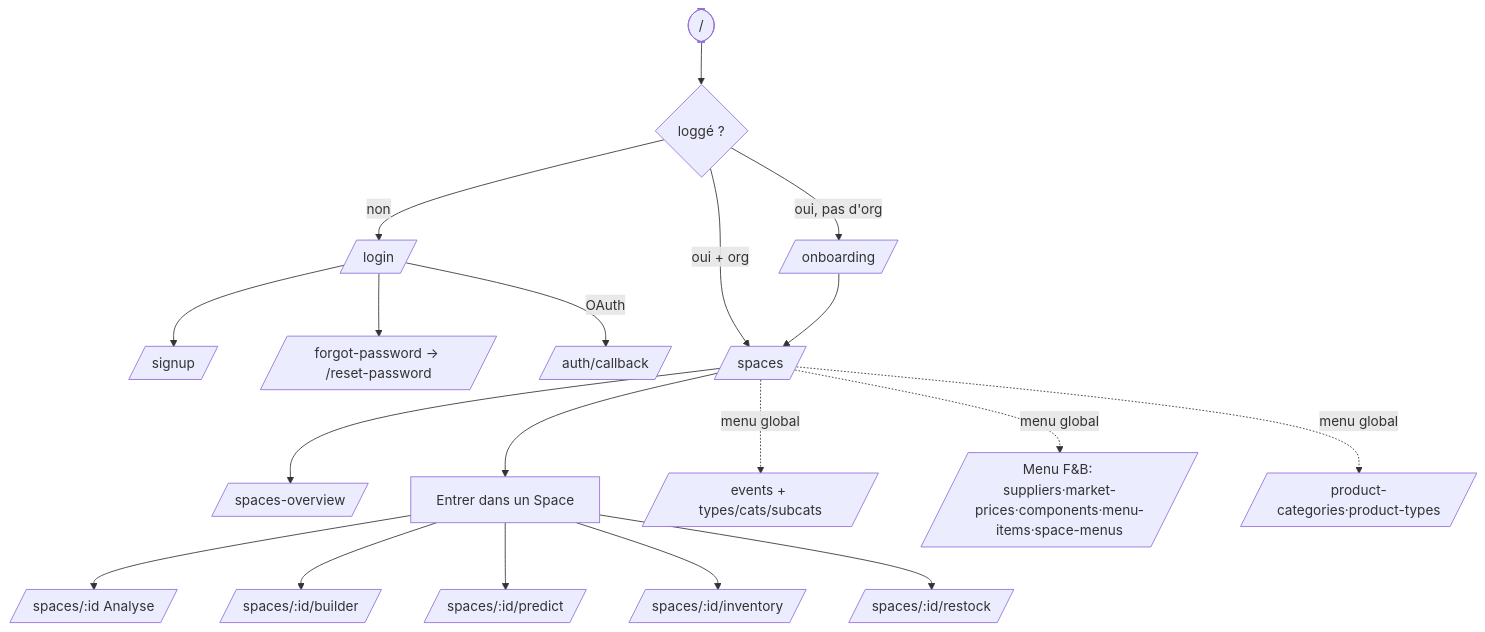
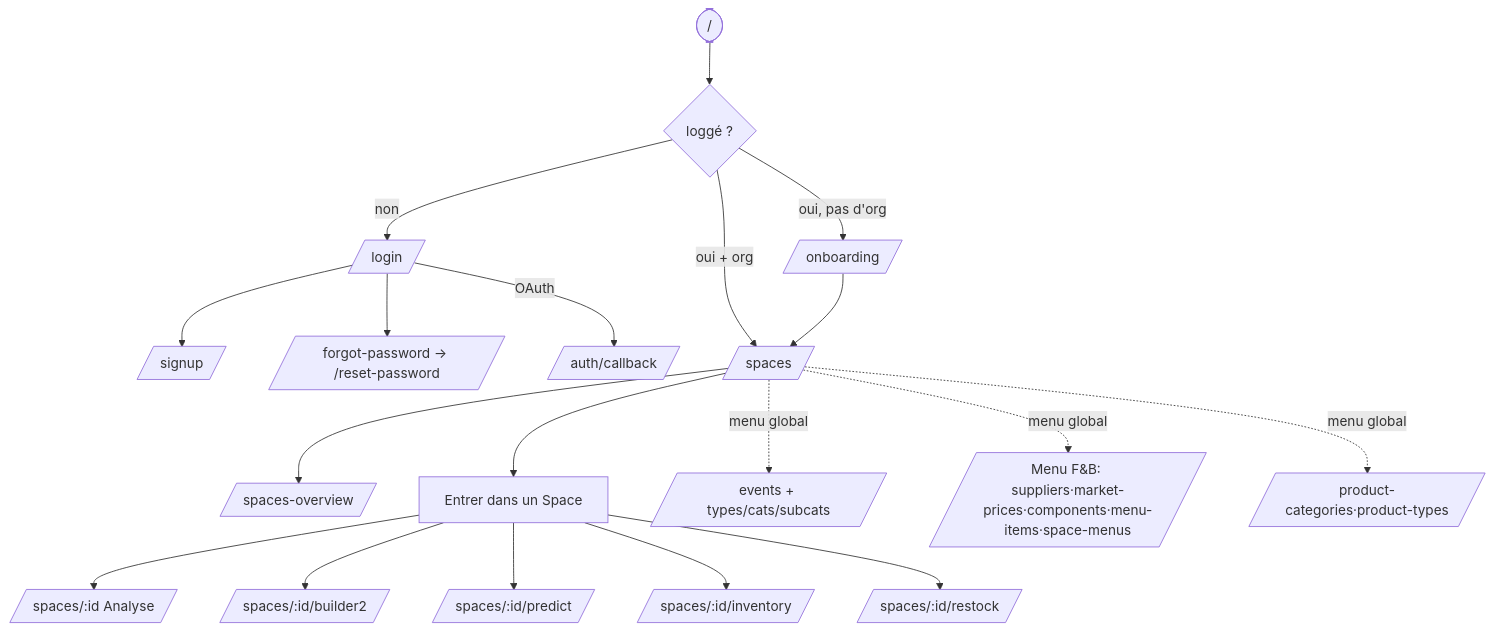
One commit to analyticsbigfive/datafriday-frontend-backend changed the second of 5 diagrams in frontend/docs/utiles/GUIDE_PARCOURS_APP.md. Above: the diagram before and after it, drawn with Mermaid. The commit also changed other lines of this file and 18 other files, not shown here.

````diff
--- a/frontend/docs/utiles/GUIDE_PARCOURS_APP.md
+++ b/frontend/docs/utiles/GUIDE_PARCOURS_APP.md
@@ -48,21 +48,21 @@
 ```mermaid
 flowchart TD
   Start([/]) --> Dash{loggé ?}
   Dash -->|non| Login[/login/]
   Login --> Signup[/signup/]
   Login --> Forgot[/forgot-password → /reset-password/]
   Login -->|OAuth| CB[/auth/callback/]
   Dash -->|oui, pas d'org| Onb[/onboarding/]
   Dash -->|oui + org| Spaces[/spaces/]
   Onb --> Spaces
   Spaces --> Overview[/spaces-overview/]
   Spaces --> S[Entrer dans un Space]
   S --> Analyse[/spaces/:id  Analyse/]
-  S --> Builder[/spaces/:id/builder/]
+  S --> Builder[/spaces/:id/builder2/]
   S --> Predict[/spaces/:id/predict/]
   S --> Inv[/spaces/:id/inventory/]
   S --> Restock[/spaces/:id/restock/]
   Spaces -.menu global.-> Events[/events + types/cats/subcats/]
   Spaces -.menu global.-> MenuFB[/Menu F&B: suppliers·market-prices·components·menu-items·space-menus/]
   Spaces -.menu global.-> Products[/product-categories·product-types/]
 ```
````
